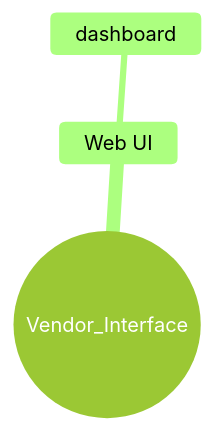
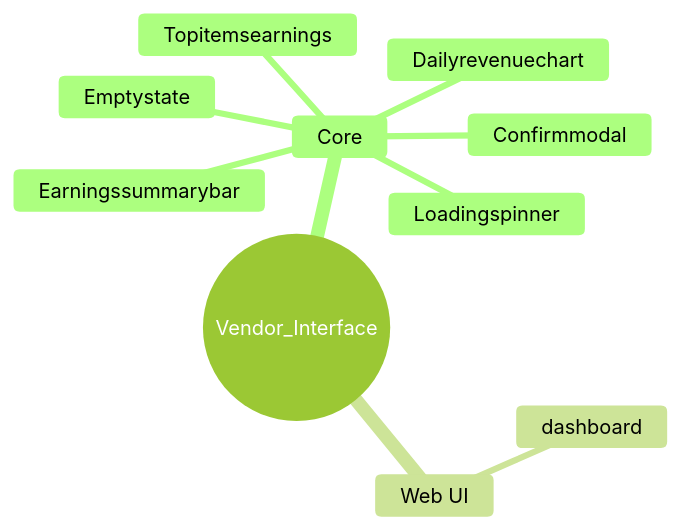
The fourth of 4 diagrams in README.md (Punyamittal/Vendor_Interface), drawn with Mermaid (forest theme) before and after one commit. The commit also changed other lines of this file, not shown here.

````diff
--- a/README.md
+++ b/README.md
@@ -246,6 +268,13 @@
 ```mermaid
 mindmap
   root((Vendor_Interface))
+    Core
+      Confirmmodal
+      Emptystate
+      Loadingspinner
+      Dailyrevenuechart
+      Earningssummarybar
+      Topitemsearnings
     Web UI
       dashboard
 ```
````
